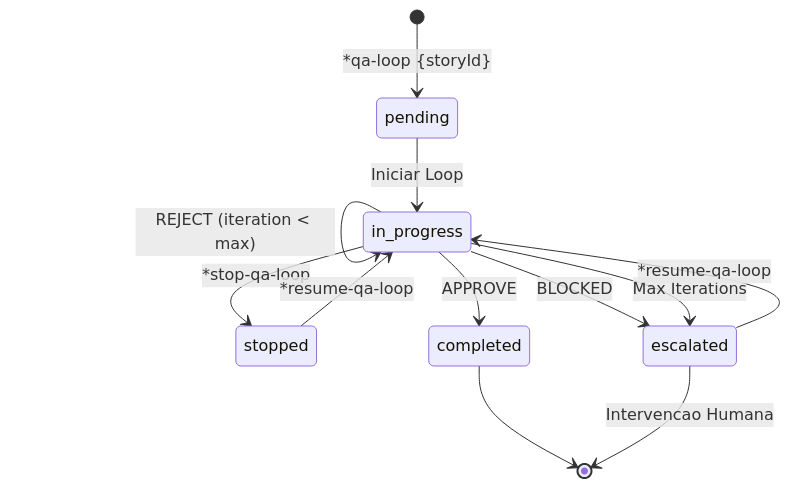
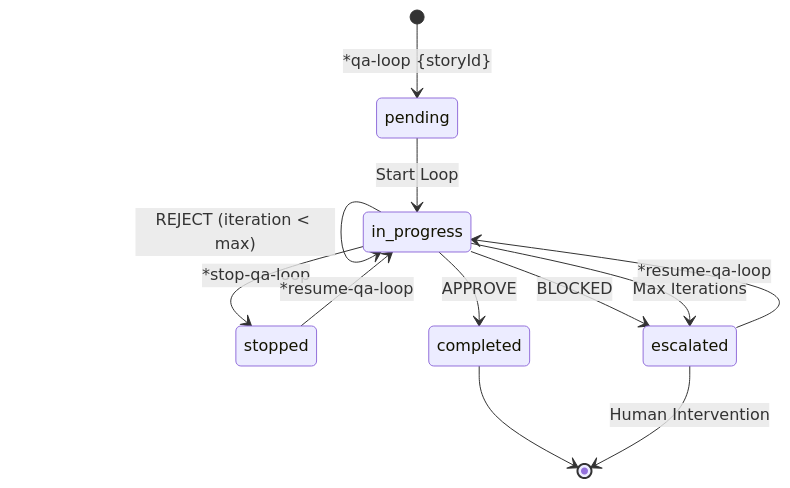
Before and after one commit to CyryxLabs/AEXOS: the second of 10 diagrams in docs/guides/workflows/QA-LOOP-WORKFLOW.md, drawn with Mermaid. The commit also changed other lines of this file and 528 other files, not shown here.

````diff
--- a/docs/guides/workflows/QA-LOOP-WORKFLOW.md
+++ b/docs/guides/workflows/QA-LOOP-WORKFLOW.md
@@ -158,18 +158,18 @@
 ```mermaid
 stateDiagram-v2
     [*] --> pending: *qa-loop {storyId}
 
-    pending --> in_progress: Iniciar Loop
+    pending --> in_progress: Start Loop
 
     in_progress --> in_progress: REJECT (iteration < max)
     in_progress --> completed: APPROVE
     in_progress --> escalated: BLOCKED
     in_progress --> escalated: Max Iterations
     in_progress --> stopped: *stop-qa-loop
 
     stopped --> in_progress: *resume-qa-loop
     escalated --> in_progress: *resume-qa-loop
 
     completed --> [*]
-    escalated --> [*]: Intervencao Humana
+    escalated --> [*]: Human Intervention
 ```
````
